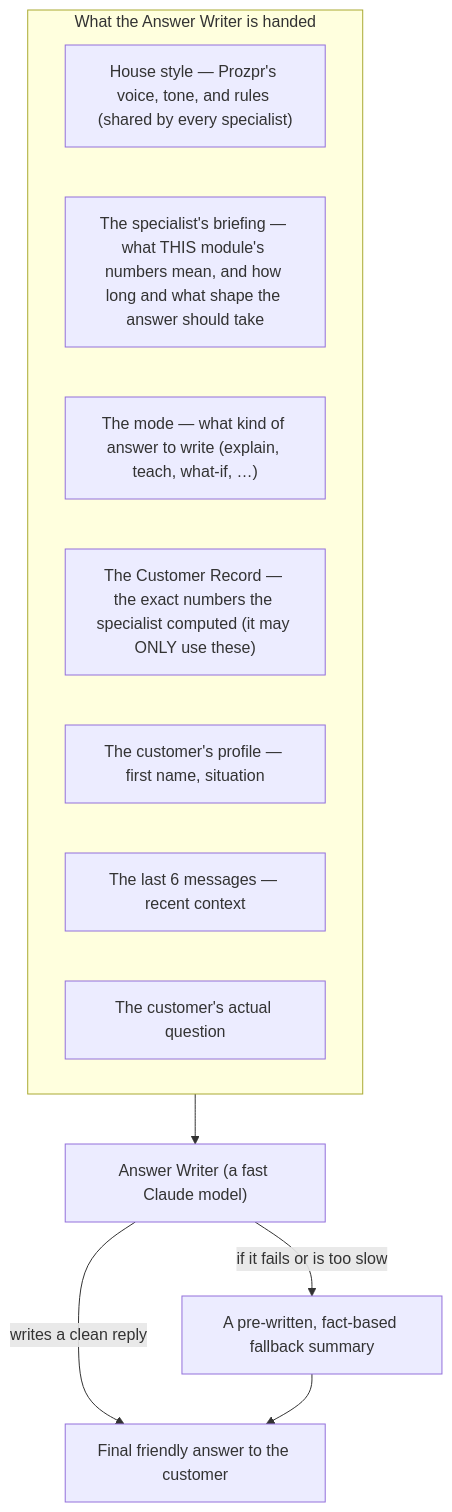
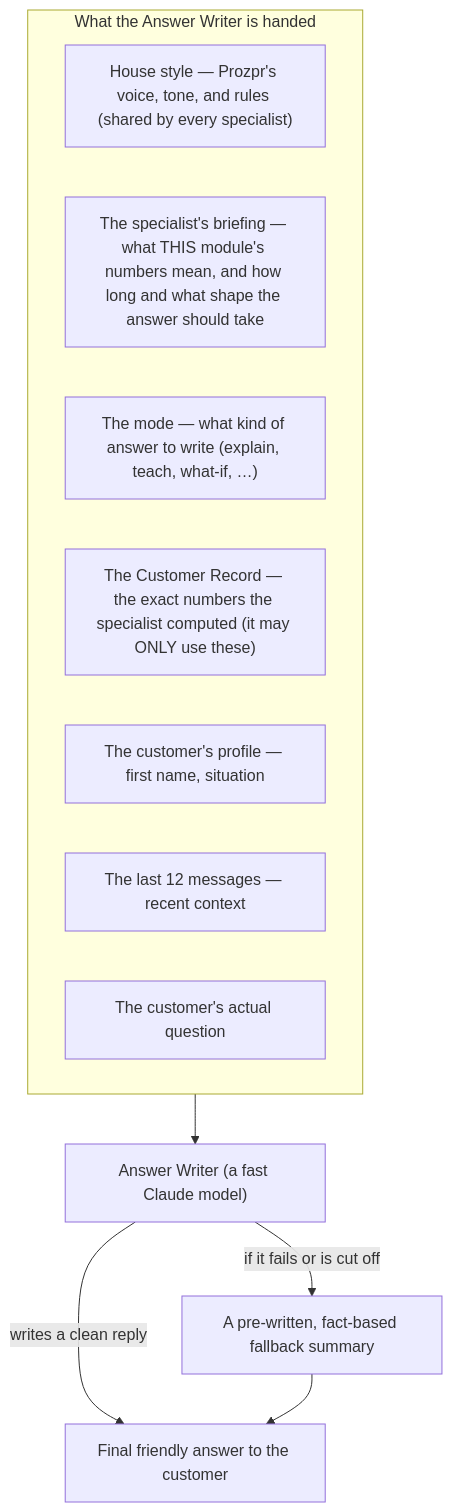
The third of 5 diagrams in AI_Agents/Reference_docs/Tech_reference_docs/CHAT_FLOW.md (tilly5317-lab/Prozpr_Backend), drawn with Mermaid before and after one commit. The commit also changed other lines of this file and 23 other files, not shown here.

````diff
--- a/AI_Agents/Reference_docs/Tech_reference_docs/CHAT_FLOW.md
+++ b/AI_Agents/Reference_docs/Tech_reference_docs/CHAT_FLOW.md
@@ -222,16 +231,16 @@
 ```mermaid
 flowchart TD
     subgraph IN["What the Answer Writer is handed"]
       P1["House style — Prozpr's voice, tone, and rules (shared by every specialist)"]
       P0["The specialist's briefing — what THIS module's numbers mean, and how long and what shape the answer should take"]
       P6["The mode — what kind of answer to write (explain, teach, what-if, …)"]
       P2["The Customer Record — the exact numbers the specialist computed (it may ONLY use these)"]
       P3["The customer's profile — first name, situation"]
-      P4["The last 6 messages — recent context"]
+      P4["The last 12 messages — recent context"]
       P5["The customer's actual question"]
     end
     IN --> W["Answer Writer (a fast Claude model)"]
     W -->|"writes a clean reply"| R["Final friendly answer to the customer"]
-    W -->|"if it fails or is too slow"| FB["A pre-written, fact-based fallback summary"]
+    W -->|"if it fails or is cut off"| FB["A pre-written, fact-based fallback summary"]
     FB --> R
 ```
````
